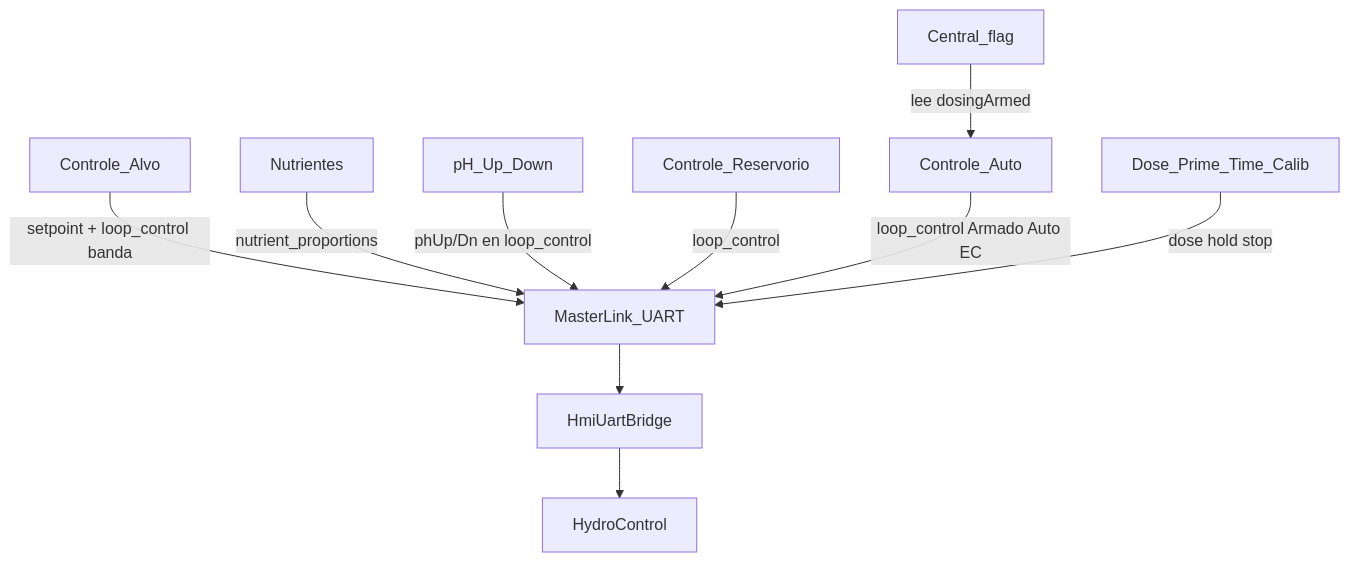
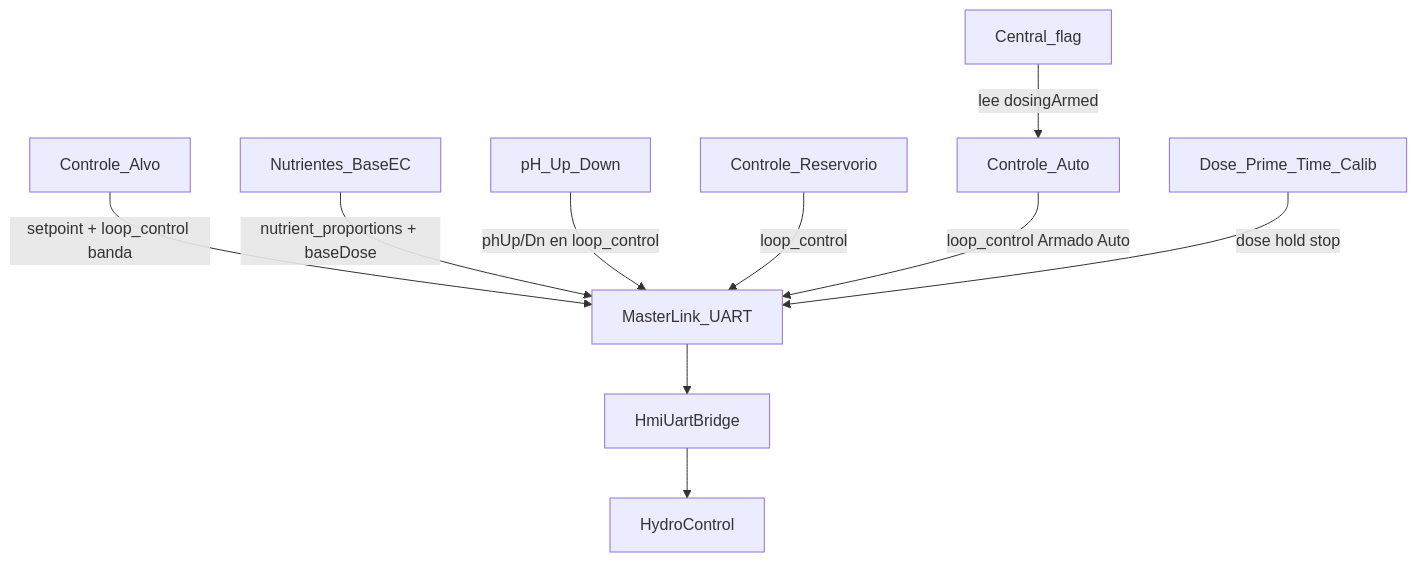
One commit to yhanusleverage/HMI-INTERFACE changed the diagram in docs/HANDOFF.md. Above: the diagram before and after it, drawn with Mermaid. The commit also changed other lines of this file and 12 other files, not shown here.

````diff
--- a/docs/HANDOFF.md
+++ b/docs/HANDOFF.md
@@ -42,21 +122,21 @@
 ```mermaid
 flowchart TB
   Alvo[Controle_Alvo]
-  Nuts[Nutrientes]
+  Nuts[Nutrientes_BaseEC]
   PhHub[pH_Up_Down]
   Res[Controle_Reservorio]
   Auto[Controle_Auto]
   Manual[Dose_Prime_Time_Calib]
   Central[Central_flag]
   ML[MasterLink_UART]
   Bridge[HmiUartBridge]
   HC[HydroControl]
   Alvo -->|"setpoint + loop_control banda"| ML
-  Nuts -->|"nutrient_proportions"| ML
+  Nuts -->|"nutrient_proportions + baseDose"| ML
   PhHub -->|"phUp/Dn en loop_control"| ML
   Res -->|"loop_control"| ML
-  Auto -->|"loop_control Armado Auto EC"| ML
+  Auto -->|"loop_control Armado Auto"| ML
   Manual -->|"dose hold stop"| ML
   Central -->|"lee dosingArmed"| Auto
   ML --> Bridge --> HC
 ```
````
